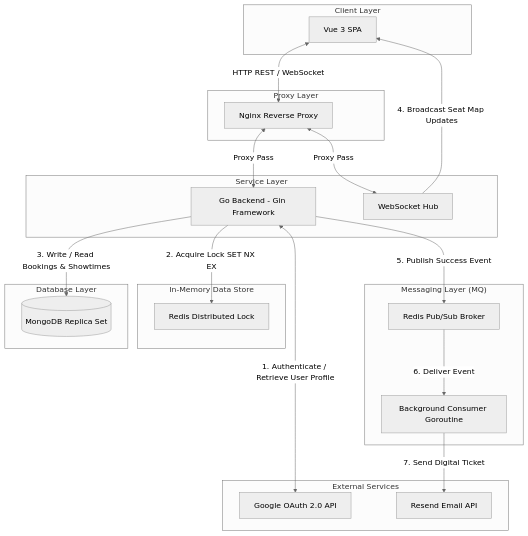
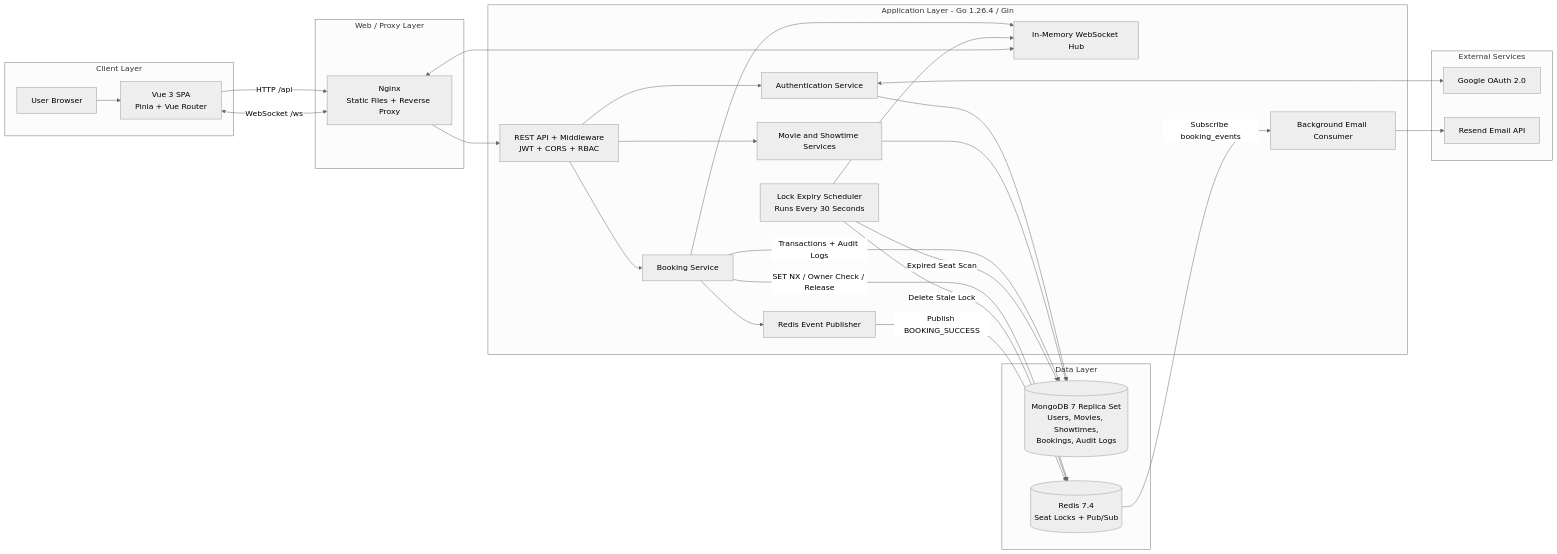
One commit to TarathepButka/cinema-booking changed the first of 2 diagrams in README.md. Above: the diagram before and after it, drawn with Mermaid (neutral theme). The commit also changed other lines of this file and 1 other file, not shown here.

````diff
--- a/README.md
+++ b/README.md
@@ -9,46 +7,56 @@
 ```mermaid
-graph TD
-    subgraph Client ["Client Layer"]
-        Vue[Vue 3 SPA]
+flowchart LR
+    subgraph Client["Client Layer"]
+        Browser["User Browser"]
+        Vue["Vue 3 SPA<br/>Pinia + Vue Router"]
+        Browser --> Vue
     end
 
-    subgraph Proxy ["Proxy Layer"]
-        Nginx[Nginx Reverse Proxy]
+    subgraph Edge["Web / Proxy Layer"]
+        Nginx["Nginx<br/>Static Files + Reverse Proxy"]
     end
 
-    subgraph Service ["Service Layer"]
-        GoAPI[Go Backend - Gin Framework]
-        WSHub[WebSocket Hub]
+    subgraph Backend["Application Layer - Go 1.26.4 / Gin"]
+        Router["REST API + Middleware<br/>JWT + CORS + RBAC"]
+        Auth["Authentication Service"]
+        Catalog["Movie and Showtime Services"]
+        Booking["Booking Service"]
+        Hub["In-Memory WebSocket Hub"]
+        Scheduler["Lock Expiry Scheduler<br/>Runs Every 30 Seconds"]
+        Publisher["Redis Event Publisher"]
+        Consumer["Background Email Consumer"]
+
+        Router --> Auth
+        Router --> Catalog
+        Router --> Booking
+        Booking --> Hub
+        Booking --> Publisher
+        Scheduler --> Hub
     end
 
-    subgraph Queue ["Messaging Layer (MQ)"]
-        RedisPubSub[Redis Pub/Sub Broker]
-        Consumer[Background Consumer Goroutine]
+    subgraph Data["Data Layer"]
+        Mongo[("MongoDB 7 Replica Set<br/>Users, Movies, Showtimes,<br/>Bookings, Audit Logs")]
+        Redis[("Redis 7.4<br/>Seat Locks + Pub/Sub")]
     end
 
-    subgraph Cache ["In-Memory Data Store"]
-        RedisLock[Redis Distributed Lock]
+    subgraph External["External Services"]
+        Google["Google OAuth 2.0"]
+        Resend["Resend Email API"]
     end
 
-    subgraph Database ["Database Layer"]
-        MongoDB[(MongoDB Replica Set)]
-    end
+    Vue -->|"HTTP /api"| Nginx
+    Vue <-->|"WebSocket /ws"| Nginx
+    Nginx --> Router
+    Nginx <--> Hub
 
-    subgraph External ["External Services"]
-        GoogleOAuth[Google OAuth 2.0 API]
-        Resend[Resend Email API]
-    end
-
-    Vue <-->|HTTP REST / WebSocket| Nginx
-    Nginx <-->|Proxy Pass| GoAPI
-    Nginx <-->|Proxy Pass| WSHub
-
-    GoAPI <-->|1. Authenticate / Retrieve User Profile| GoogleOAuth
-    GoAPI -->|2. Acquire Lock SET NX EX| RedisLock
-    GoAPI -->|3. Write / Read Bookings & Showtimes| MongoDB
-    WSHub -->|4. Broadcast Seat Map Updates| Vue
-    
-    GoAPI -->|5. Publish Success Event| RedisPubSub
-    RedisPubSub -->|6. Deliver Event| Consumer
-    Consumer -->|7. Send Digital Ticket| Resend
+    Auth <--> Google
+    Auth --> Mongo
+    Catalog --> Mongo
+    Booking -->|"Transactions + Audit Logs"| Mongo
+    Booking -->|"SET NX / Owner Check / Release"| Redis
+    Scheduler -->|"Expired Seat Scan"| Mongo
+    Scheduler -->|"Delete Stale Lock"| Redis
+    Publisher -->|"Publish BOOKING_SUCCESS"| Redis
+    Redis -->|"Subscribe booking_events"| Consumer
+    Consumer --> Resend
 ```
````
